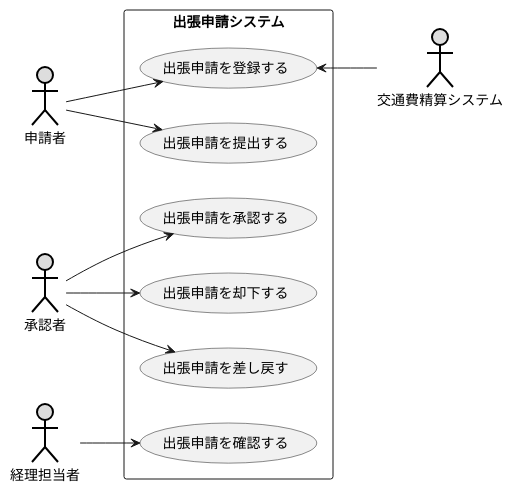
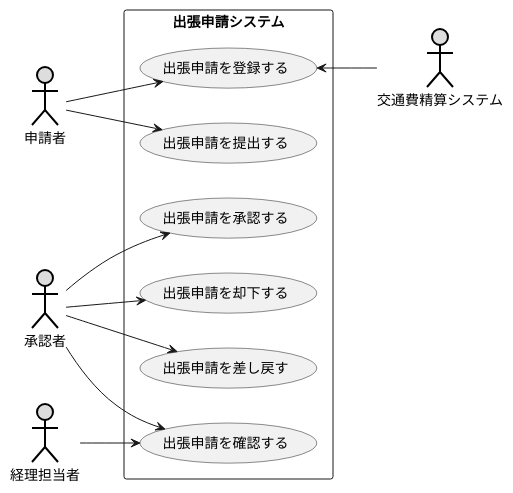
The diagram in 2/演習2-1_UM_出張管理システム.pu (chibachibaibu2003/laughing-carnival), drawn with PlantUML before and after one commit.

Commit message:
演習２-1

```diff
--- a/2/演習2-1_UM_出張管理システム.pu
+++ b/2/演習2-1_UM_出張管理システム.pu
@@ -1,22 +1,23 @@
 @startuml 演習2-1
     left to right direction
     actor 申請者#DDDDDD;line:black;line.bold;
     actor 承認者#DDDDDD;line:black;line.bold;
     actor 経理担当者#DDDDDD;line:black;line.bold;
     actor 交通費精算システム#DDDDDD;line:black;line.bold;
     rectangle 出張申請システム{
         usecase (出張申請を登録する) as text1
         usecase (出張申請を提出する) as text2
         usecase (出張申請を承認する) as text3
         usecase (出張申請を却下する) as text4
         usecase (出張申請を差し戻す) as text5
         usecase (出張申請を確認する) as text6
     }
     申請者-->text1
     申請者-->text2
     承認者-->text3
     承認者-->text4
     承認者-->text5
+    承認者-->text6
     経理担当者-->text6
     text1<--交通費精算システム
 @enduml
```
